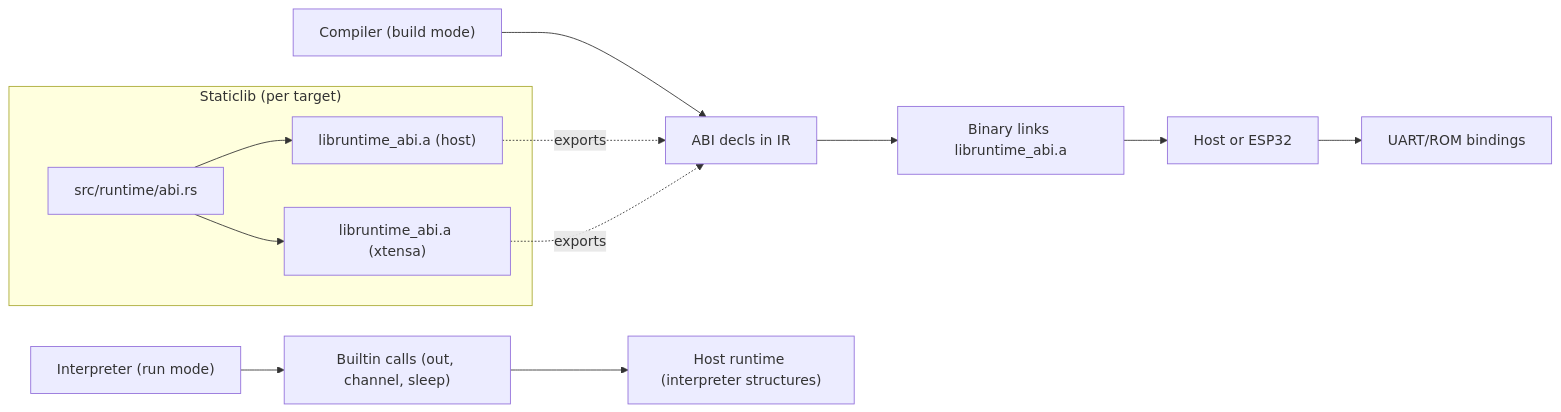
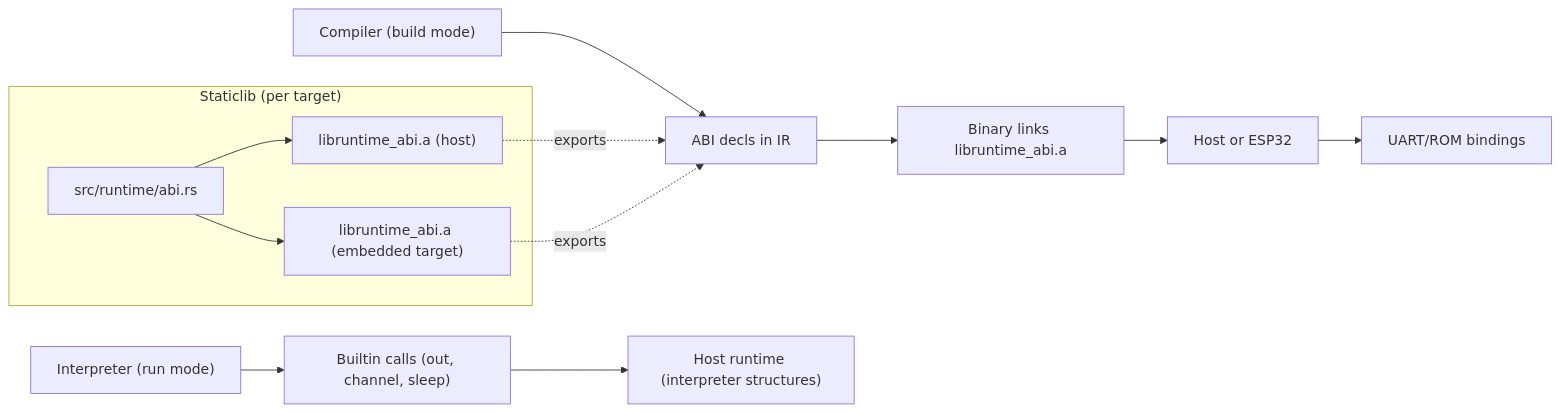
Before and after one commit to ASoldo/prime-lang: the diagram in docs/RuntimeFFI.md, drawn with Mermaid. The commit also changed other lines of this file, not shown here.

````diff
--- a/docs/RuntimeFFI.md
+++ b/docs/RuntimeFFI.md
@@ -5,17 +5,17 @@
 ```mermaid
 graph LR
   COMP["Compiler (build mode)"] --> ABI_DECL["ABI decls in IR"]
   ABI_DECL --> BIN["Binary links libruntime_abi.a"]
   INT["Interpreter (run mode)"] --> CALLS["Builtin calls (out, channel, sleep)"]
   CALLS --> HOST_RT["Host runtime (interpreter structures)"]
   BIN --> DEVICE["Host or ESP32"]
 
   subgraph "Staticlib (per target)"
     ABI_SRC["src/runtime/abi.rs"] --> HOST_LIB["libruntime_abi.a (host)"]
-    ABI_SRC --> XTENSA_LIB["libruntime_abi.a (xtensa)"]
+    ABI_SRC --> XTENSA_LIB["libruntime_abi.a (embedded target)"]
   end
 
   HOST_LIB -. exports .-> ABI_DECL
   XTENSA_LIB -. exports .-> ABI_DECL
   DEVICE --> UART["UART/ROM bindings"]
 ```
````
